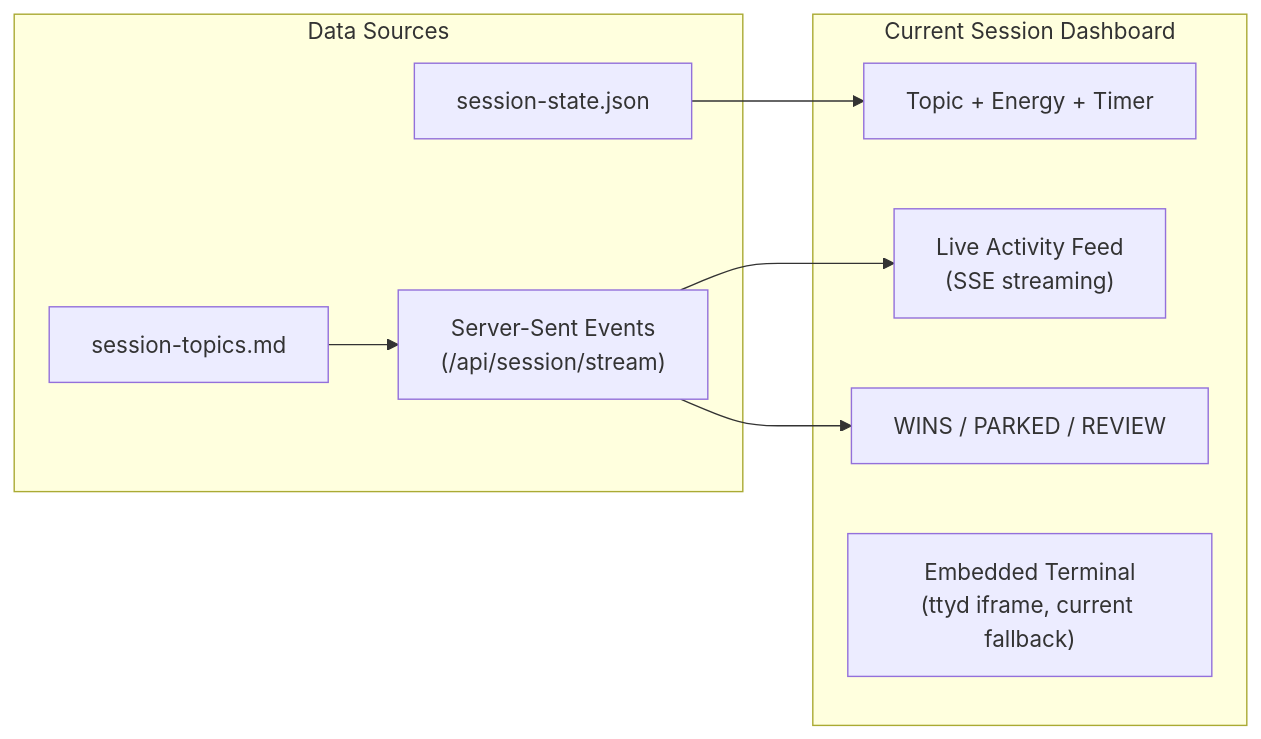
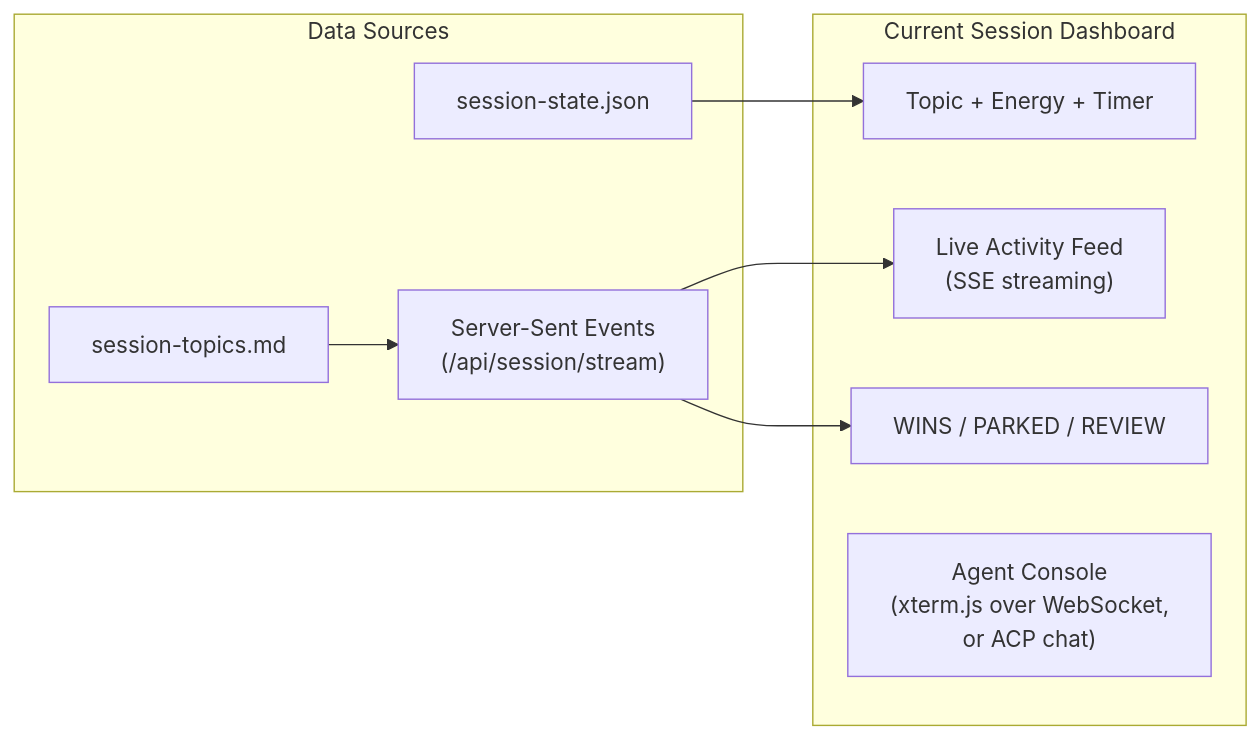
Before and after one commit to NetDevAutomate/StudyLoop: the fifth of 9 diagrams in docs/web-ui-guide.md, drawn with Mermaid. The commit also changed other lines of this file and 16 other files, not shown here.

````diff
--- a/docs/web-ui-guide.md
+++ b/docs/web-ui-guide.md
@@ -297,20 +309,20 @@
 ```mermaid
 graph LR
     subgraph "Current Session Dashboard"
         META["Topic + Energy + Timer"]
         FEED["Live Activity Feed<br/>(SSE streaming)"]
         COUNTERS["WINS / PARKED / REVIEW"]
-        TERM["Embedded Terminal<br/>(ttyd iframe, current fallback)"]
+        TERM["Agent Console<br/>(xterm.js over WebSocket,<br/>or ACP chat)"]
     end
 
     subgraph "Data Sources"
         SSE["Server-Sent Events<br/>(/api/session/stream)"]
         STATE["session-state.json"]
         IPC["session-topics.md"]
     end
 
     STATE --> META
     SSE --> FEED
     SSE --> COUNTERS
     IPC --> SSE
 ```
````
